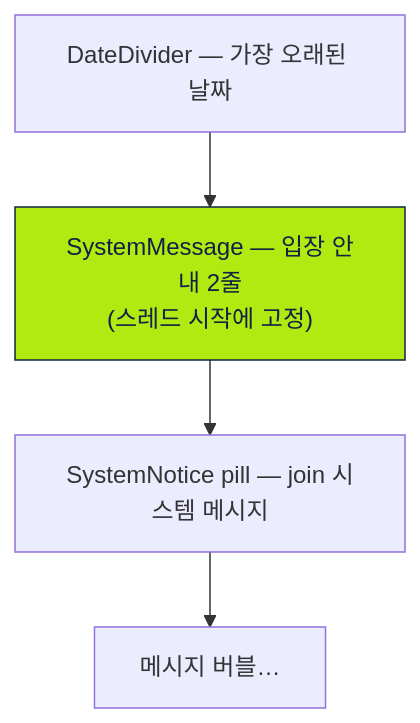
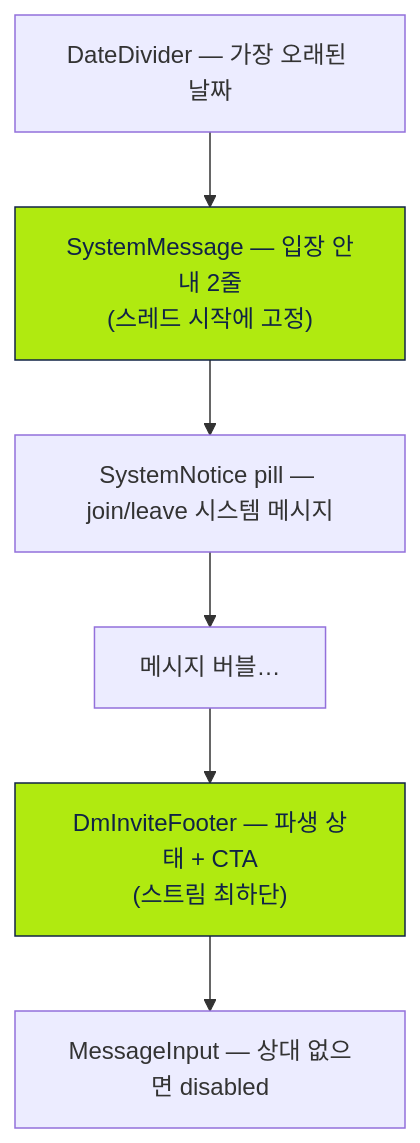
Before and after one commit to lemoncloud-io/dou-app: the sixth of 6 diagrams in apps/web/docs/feature/channels/dm-chat.md, drawn with Mermaid. The commit also changed other lines of this file and 42 other files, not shown here.

````diff
--- a/apps/web/docs/feature/channels/dm-chat.md
+++ b/apps/web/docs/feature/channels/dm-chat.md
@@ -192,9 +344,12 @@
 ```mermaid
 flowchart TB
     D["DateDivider — 가장 오래된 날짜"]
     I["SystemMessage — 입장 안내 2줄<br/>(스레드 시작에 고정)"]
-    SN["SystemNotice pill — join 시스템 메시지"]
+    SN["SystemNotice pill — join/leave 시스템 메시지"]
     M["메시지 버블…"]
-    D --> I --> SN --> M
+    FT["DmInviteFooter — 파생 상태 + CTA<br/>(스트림 최하단)"]
+    CP["MessageInput — 상대 없으면 disabled"]
+    D --> I --> SN --> M --> FT --> CP
     style I fill:#b0ea10,stroke:#102346,color:#102346
+    style FT fill:#b0ea10,stroke:#102346,color:#102346
 ```
````
